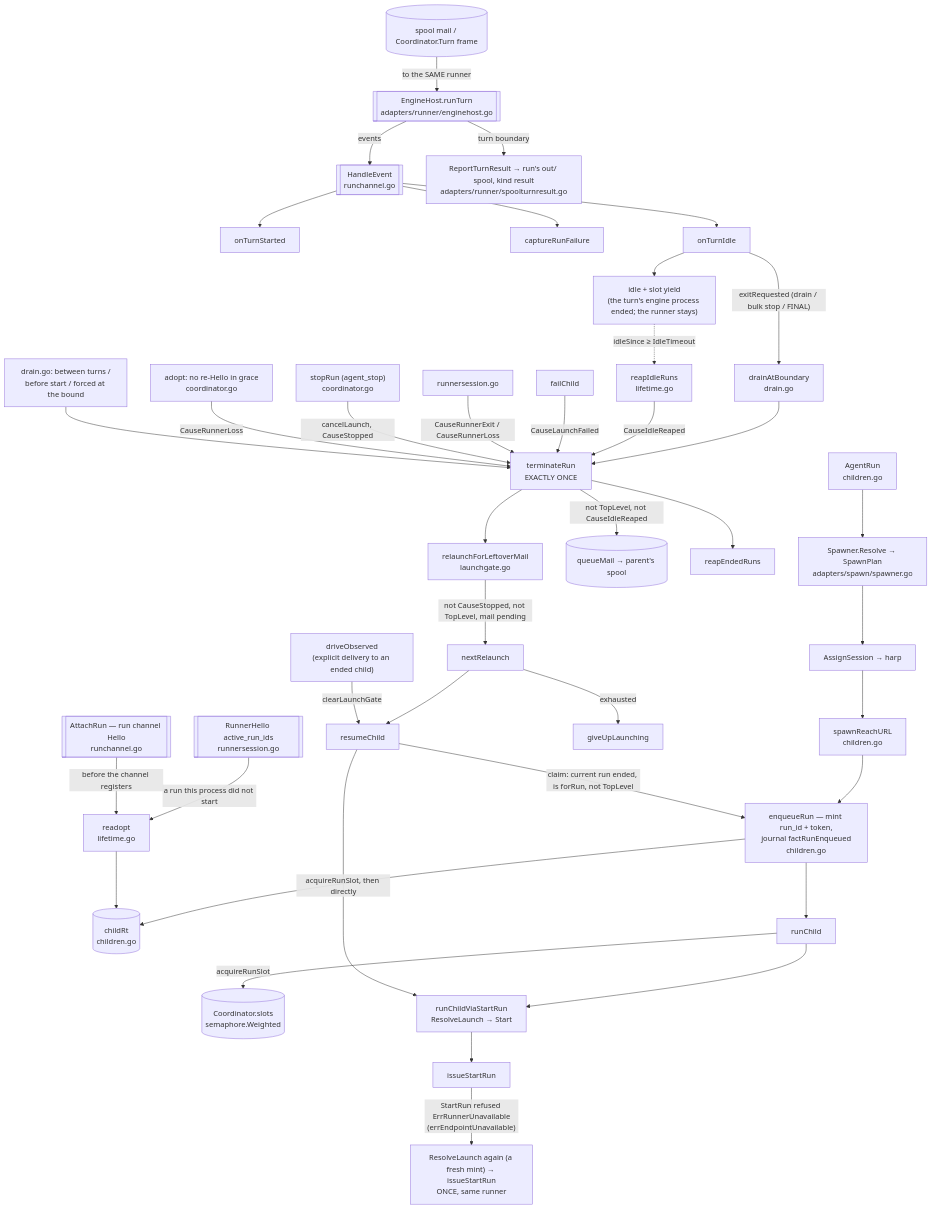
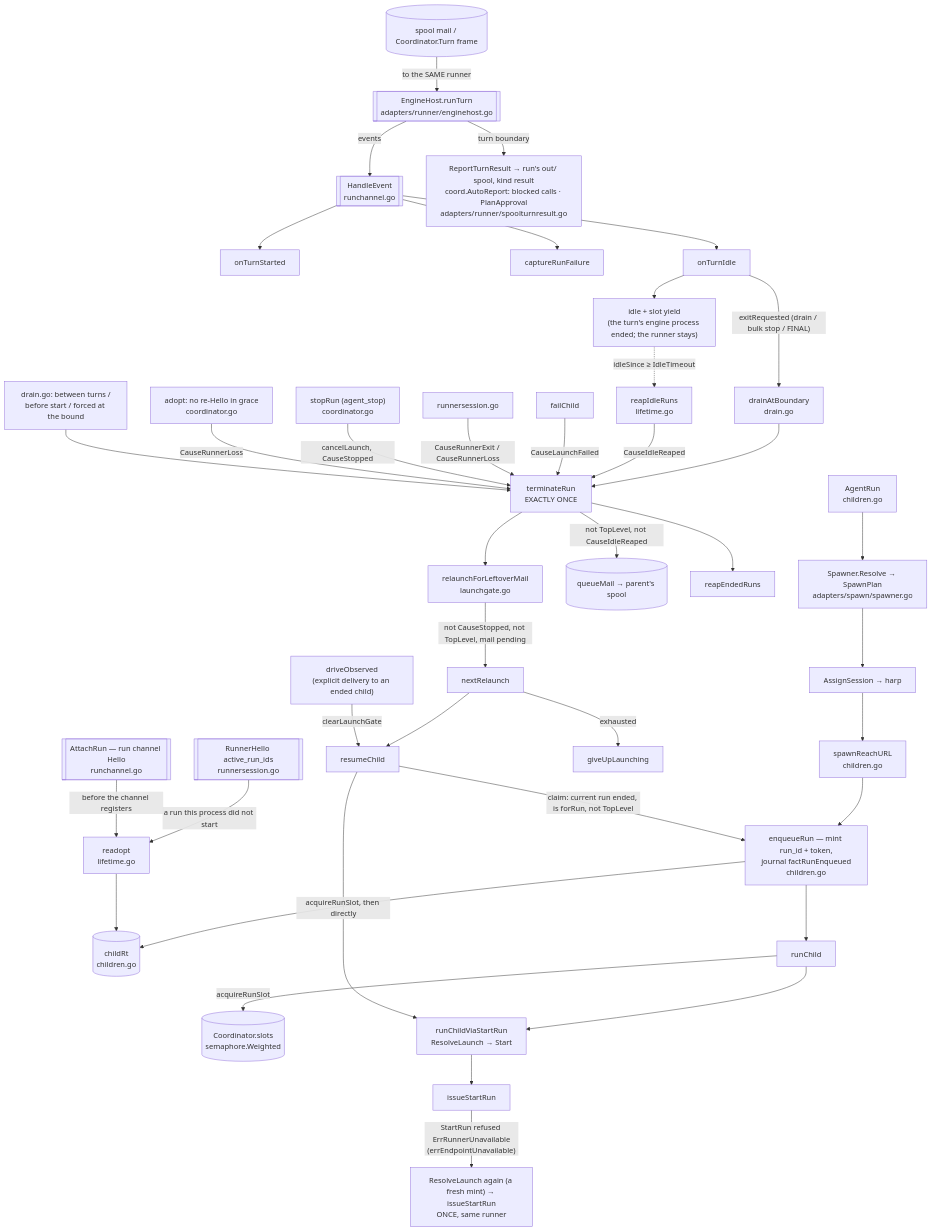
The diagram in docs/architecture/agentcoord/child-lifecycle.md (ctxloom/ctxloom), drawn with Mermaid before and after one commit. The commit also changed 2 other files, not shown here.

Commit message:
docs(agentcoord): draw plan artifacts and the auto report's plan approval
artifacts.md's graph had agent_report as the stamper's only input;
plan/<name> artifacts come from *.plan.md and the session home's plans/.
child-lifecycle's turn-boundary node now names coord.AutoReport. overview
said serveAgentRequest answers an approval Unimplemented; it parks.

````diff
--- a/docs/architecture/agentcoord/child-lifecycle.md
+++ b/docs/architecture/agentcoord/child-lifecycle.md
@@ -17,39 +17,39 @@
 ```mermaid
 flowchart TD
   AR["AgentRun<br/>children.go"] --> RES["Spawner.Resolve → SpawnPlan<br/>adapters/spawn/spawner.go"]
   RES --> ASSIGN["AssignSession → harp"]
   ASSIGN --> URL["spawnReachURL<br/>children.go"]
   URL --> EQ["enqueueRun — mint run_id + token,<br/>journal factRunEnqueued<br/>children.go"]
   EQ --> RT[("childRt<br/>children.go")]
   EQ --> RC["runChild"]
   RC -->|acquireRunSlot| TS[("Coordinator.slots<br/>semaphore.Weighted")]
   RC --> VSR["runChildViaStartRun<br/>ResolveLaunch → Start"] --> ISR["issueStartRun"]
   ISR -->|"StartRun refused ErrRunnerUnavailable<br/>(errEndpointUnavailable)"| REBIND["ResolveLaunch again (a fresh mint) → issueStartRun<br/>ONCE, same runner"]
 
   ENG[["EngineHost.runTurn<br/>adapters/runner/enginehost.go"]] -->|events| RCH[["HandleEvent<br/>runchannel.go"]]
-  ENG -->|turn boundary| TR["ReportTurnResult → run's out/ spool, kind result<br/>adapters/runner/spoolturnresult.go"]
+  ENG -->|turn boundary| TR["ReportTurnResult → run's out/ spool, kind result<br/>coord.AutoReport: blocked calls · PlanApproval<br/>adapters/runner/spoolturnresult.go"]
   RCH --> OTS["onTurnStarted"]
   RCH --> CRF["captureRunFailure"]
   RCH --> OTI["onTurnIdle"]
   OTI -->|"exitRequested (drain / bulk stop / FINAL)"| DAB["drainAtBoundary<br/>drain.go"] --> TERM
   OTI --> IDLE["idle + slot yield<br/>(the turn's engine process ended; the runner stays)"]
   IDLE -.->|"idleSince ≥ IdleTimeout"| REAPER["reapIdleRuns<br/>lifetime.go"] -->|CauseIdleReaped| TERM
   MAILIN[("spool mail / Coordinator.Turn frame")] -->|"to the SAME runner"| ENG
   HELLO[["RunnerHello active_run_ids<br/>runnersession.go"]] -->|"a run this process did not start"| READOPT["readopt<br/>lifetime.go"] --> RT
   ATTACH[["AttachRun — run channel Hello<br/>runchannel.go"]] -->|"before the channel registers"| READOPT
 
   FC["failChild"] -->|CauseLaunchFailed| TERM["terminateRun<br/>EXACTLY ONCE"]
   RS["runnersession.go"] -->|"CauseRunnerExit / CauseRunnerLoss"| TERM
   STOP["stopRun (agent_stop)<br/>coordinator.go"] -->|"cancelLaunch, CauseStopped"| TERM
   GRACE["adopt: no re-Hello in grace<br/>coordinator.go"] -->|CauseRunnerLoss| TERM
   DRAIN["drain.go: between turns /<br/>before start / forced at the bound"] --> TERM
   TERM -->|"not TopLevel, not CauseIdleReaped"| NOTICE[("queueMail → parent's spool")]
   TERM --> REAP["reapEndedRuns"]
   TERM --> RLM["relaunchForLeftoverMail<br/>launchgate.go"]
   RLM -->|"not CauseStopped, not TopLevel, mail pending"| NR["nextRelaunch"]
   NR -->|exhausted| GU["giveUpLaunching"]
   NR --> RSC["resumeChild"]
   DOBS["driveObserved<br/>(explicit delivery to an ended child)"] -->|clearLaunchGate| RSC
   RSC -->|"claim: current run ended, is forRun, not TopLevel"| EQ
   RSC -->|"acquireRunSlot, then directly"| VSR
 ```
````
